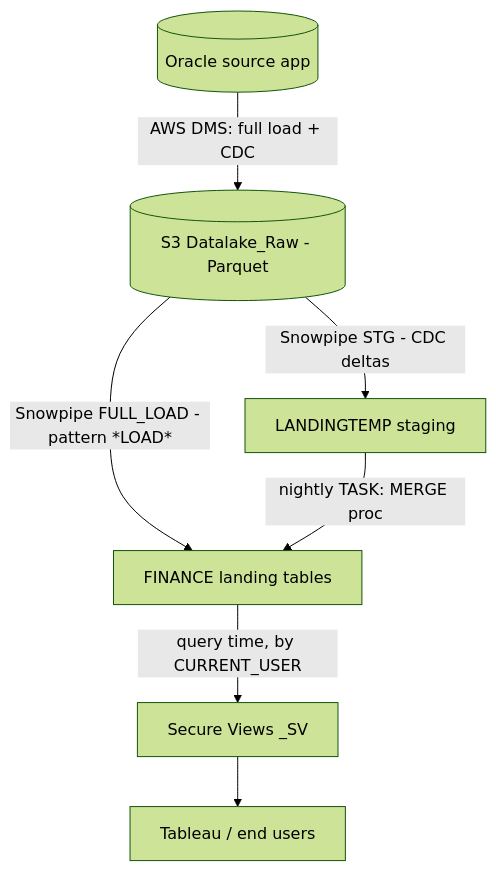
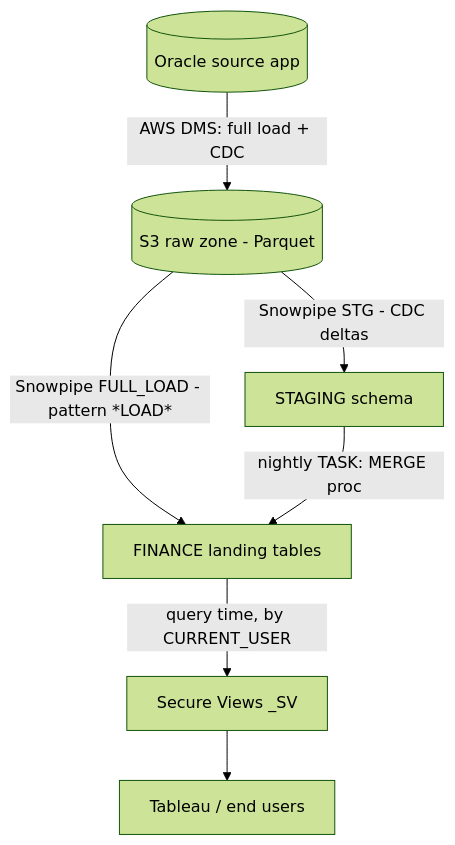
One commit to klnjoy/offerready changed the first of 2 diagrams in content/Projects/data-migration/index.md. Above: the diagram before and after it, drawn with Mermaid (forest theme). The commit also changed other lines of this file and 116 other files, not shown here.

````diff
--- a/content/Projects/data-migration/index.md
+++ b/content/Projects/data-migration/index.md
@@ -18,10 +20,10 @@
 ```mermaid
 flowchart TB
     SRC[(Oracle source app)]
-    SRC -->|AWS DMS: full load + CDC| S3[(S3 Datalake_Raw - Parquet)]
+    SRC -->|AWS DMS: full load + CDC| S3[(S3 raw zone - Parquet)]
     S3 -->|Snowpipe FULL_LOAD - pattern *LOAD*| LT[FINANCE landing tables]
-    S3 -->|Snowpipe STG - CDC deltas| STG[LANDINGTEMP staging]
+    S3 -->|Snowpipe STG - CDC deltas| STG[STAGING schema]
     STG -->|nightly TASK: MERGE proc| LT
     LT -->|query time, by CURRENT_USER| SV[Secure Views _SV]
     SV --> BI[Tableau / end users]
 ```
````
